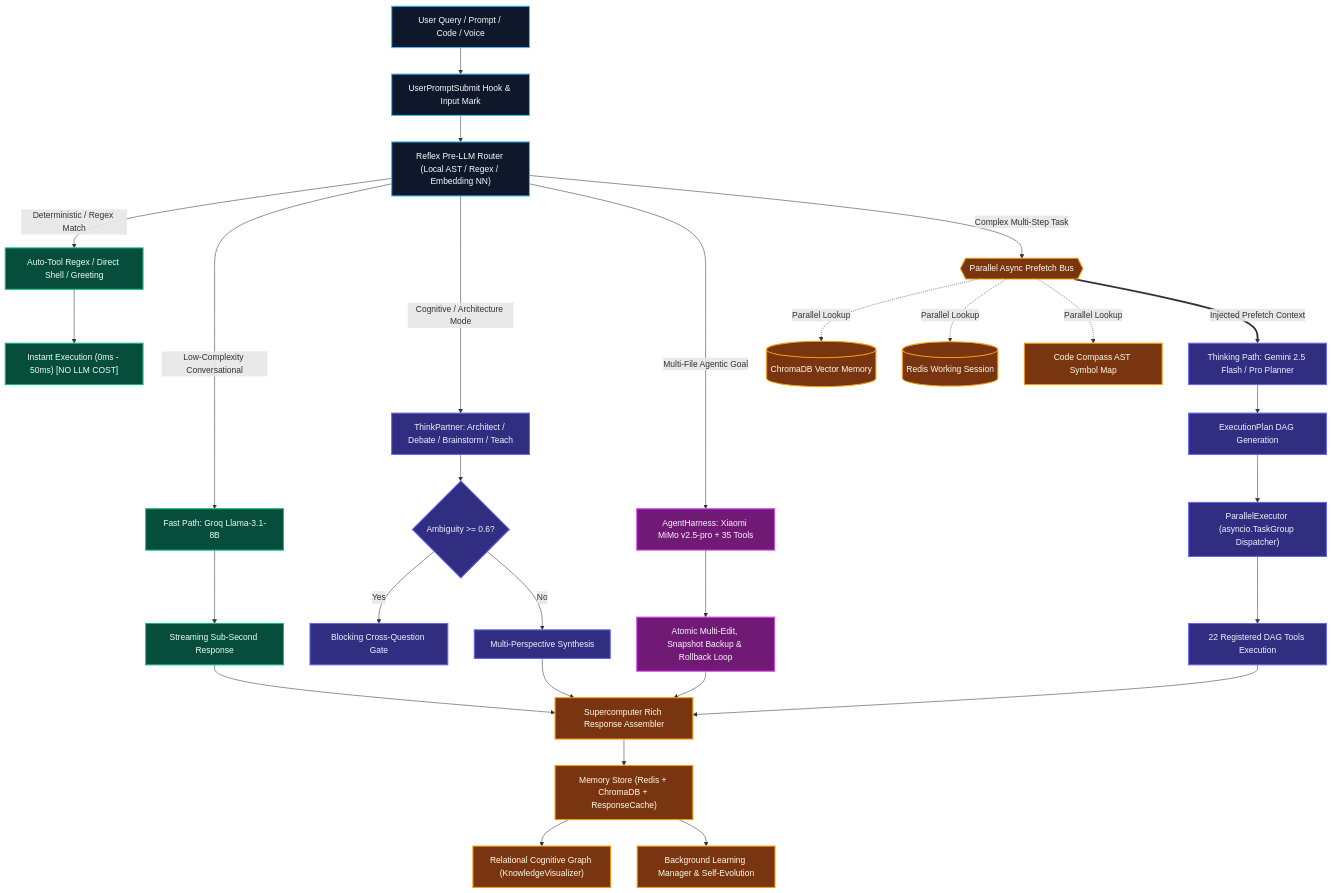
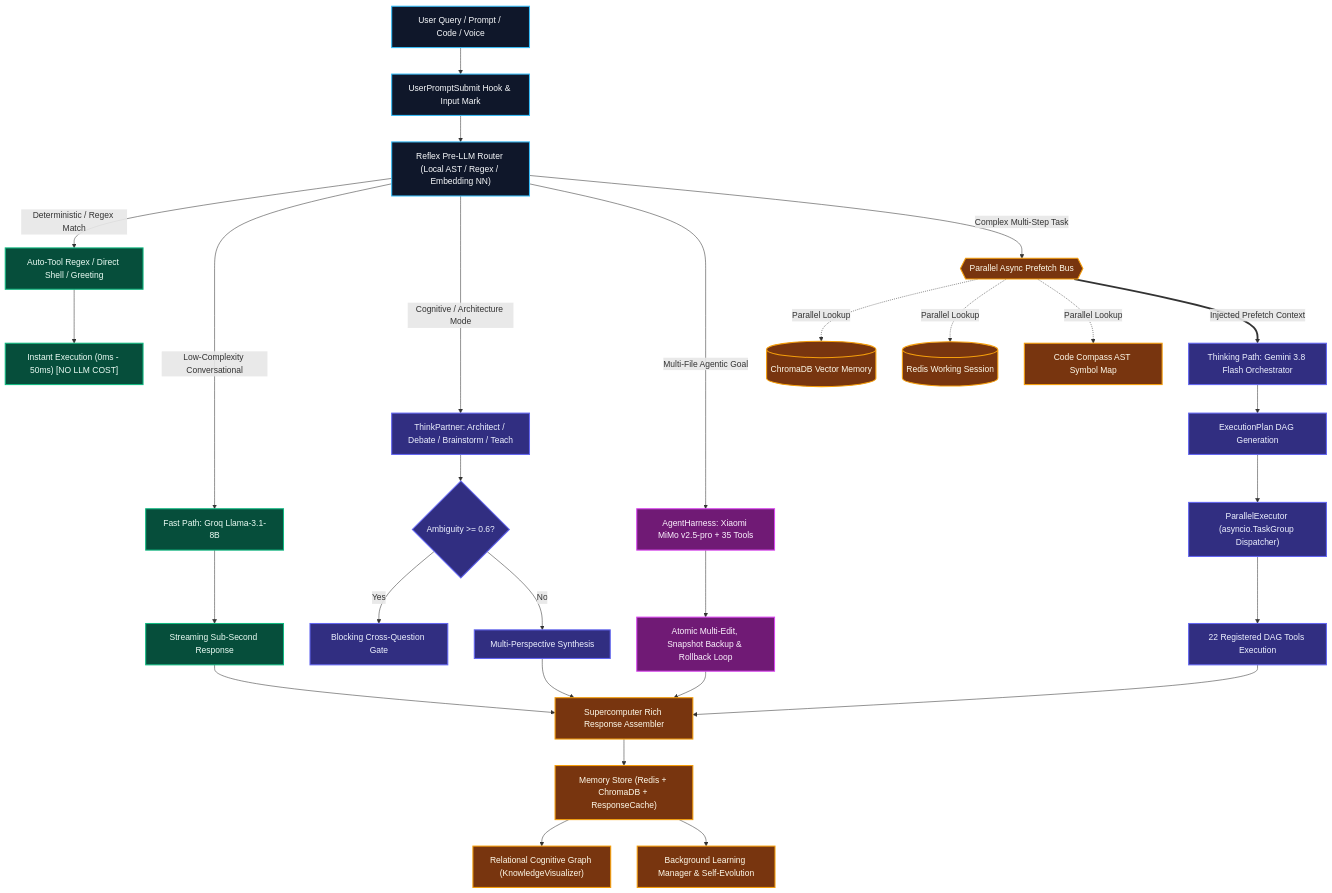
One commit to Qambar-dev-0207/Apex changed the first of 4 diagrams in README.md. Above: the diagram before and after it, drawn with Mermaid. The commit also changed other lines of this file and 13 other files, not shown here.

Commit message:
feat: add comprehensive architectural documentation, landing page components, and model routing updates for Gemini 3.8 Flash

````diff
--- a/README.md
+++ b/README.md
@@ -53,50 +53,50 @@
 ```mermaid
 flowchart TD
     classDef input fill:#0F172A,stroke:#38BDF8,stroke-width:2px,color:#F8FAFC;
     classDef fast fill:#064E3B,stroke:#10B981,stroke-width:2px,color:#ECFDF5;
     classDef think fill:#312E81,stroke:#6366F1,stroke-width:2px,color:#EEF2FF;
     classDef harness fill:#701A75,stroke:#D946EF,stroke-width:2px,color:#FDF4FF;
     classDef mem fill:#78350F,stroke:#F59E0B,stroke-width:2px,color:#FFFBEB;
 
     User["User Query / Prompt / Code / Voice"]:::input --> Hook["UserPromptSubmit Hook & Input Mark"]:::input
     Hook --> Reflex["Reflex Pre-LLM Router (Local AST / Regex / Embedding NN)"]:::input
 
     %% Path 1: Deterministic Skip
     Reflex -->|Deterministic / Regex Match| AutoTool["Auto-Tool Regex / Direct Shell / Greeting"]:::fast
     AutoTool --> FastExec["Instant Execution (0ms - 50ms) [NO LLM COST]"]:::fast
 
     %% Path 2: Fast Path
     Reflex -->|Low-Complexity Conversational| GroqBrain["Fast Path: Groq Llama-3.1-8B"]:::fast
     GroqBrain --> FastStream["Streaming Sub-Second Response"]:::fast
 
     %% Path 3: Cognitive Collaboration
     Reflex -->|Cognitive / Architecture Mode| ThinkPartner["ThinkPartner: Architect / Debate / Brainstorm / Teach"]:::think
     ThinkPartner --> ClarifyCheck{"Ambiguity >= 0.6?"}:::think
     ClarifyCheck -->|Yes| CrossQ["Blocking Cross-Question Gate"]:::think
     ClarifyCheck -->|No| PartnerExec["Multi-Perspective Synthesis"]:::think
 
     %% Path 4: Autonomous Harness
     Reflex -->|Multi-File Agentic Goal| Harness["AgentHarness: Xiaomi MiMo v2.5-pro + 35 Tools"]:::harness
     Harness --> HarnessLoop["Atomic Multi-Edit, Snapshot Backup & Rollback Loop"]:::harness
 
     %% Path 5: Speculative Prefetch & DAG Planner
     Reflex -->|Complex Multi-Step Task| ScoutBus{{"Parallel Async Prefetch Bus"}}:::mem
     ScoutBus -.->|Parallel Lookup| ChromaFetch[("ChromaDB Vector Memory")]:::mem
     ScoutBus -.->|Parallel Lookup| RedisFetch[("Redis Working Session")]:::mem
     ScoutBus -.->|Parallel Lookup| ASTFetch["Code Compass AST Symbol Map"]:::mem
 
-    ScoutBus ==>|Injected Prefetch Context| GeminiPlanner["Thinking Path: Gemini 2.5 Flash / Pro Planner"]:::think
+    ScoutBus ==>|Injected Prefetch Context| GeminiPlanner["Thinking Path: Gemini 3.8 Flash Orchestrator"]:::think
     GeminiPlanner --> DAGGen["ExecutionPlan DAG Generation"]:::think
     DAGGen --> ParallelExec["ParallelExecutor (asyncio.TaskGroup Dispatcher)"]:::think
     ParallelExec --> ToolRegistry["22 Registered DAG Tools Execution"]:::think
 
     %% Assembler & Persistence
     FastStream --> Assembler["Supercomputer Rich Response Assembler"]:::mem
     PartnerExec --> Assembler
     HarnessLoop --> Assembler
     ToolRegistry --> Assembler
 
     Assembler --> MemStore["Memory Store (Redis + ChromaDB + ResponseCache)"]:::mem
     MemStore --> GraphExt["Relational Cognitive Graph (KnowledgeVisualizer)"]:::mem
     MemStore --> BGLearn["Background Learning Manager & Self-Evolution"]:::mem
 ```
````
